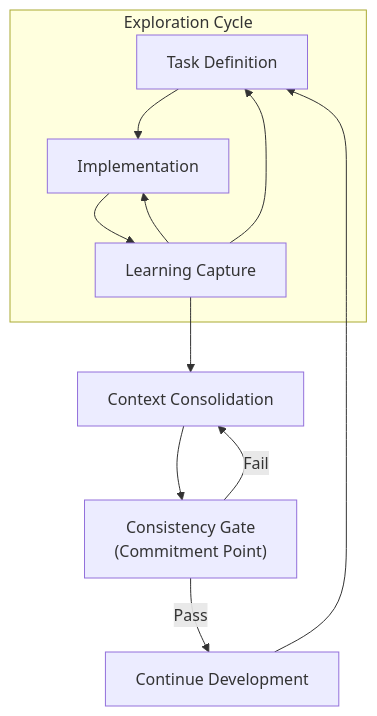
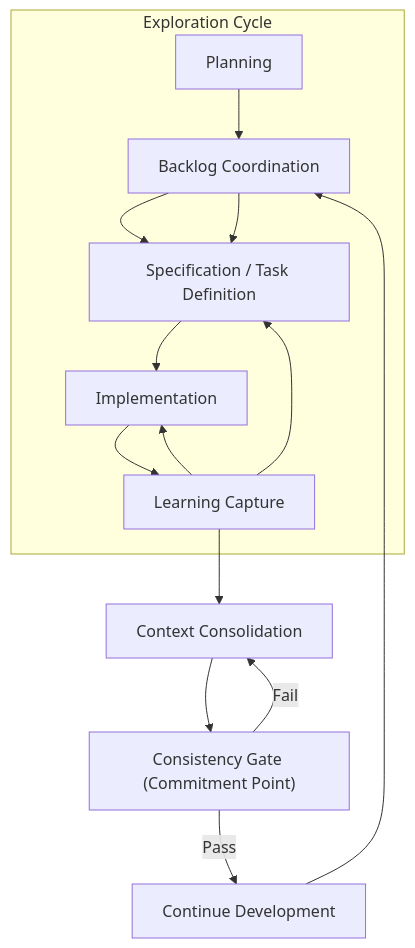
Before and after one commit to symbolicmatter/context-driven-development-workflow: the diagram in WORKFLOW.md, drawn with Mermaid. The commit also changed other lines of this file and 6 other files, not shown here.

````diff
--- a/WORKFLOW.md
+++ b/WORKFLOW.md
@@ -33,20 +48,21 @@
 ```mermaid
 flowchart TD
-    A[Task Definition]
-    B[Implementation]
-    C[Learning Capture]
+    P[Planning]
+    B[Backlog Coordination]
+    S[Specification / Task Definition]
+    I[Implementation]
+    L[Learning Capture]
 
     subgraph Exploration ["Exploration Cycle"]
-        A --> B --> C --> B
-        C --> A
+        P --> B --> S --> I --> L
+        L --> I
+        L --> S
+        B --> S
     end
 
-    C --> D[Context Consolidation]
-
-    D --> G["Consistency Gate<br/>(Commitment Point)"]
-
+    L --> C[Context Consolidation]
+    C --> G["Consistency Gate (Commitment Point)"]
     G -->|Pass| E[Continue Development]
-    G -->|Fail| D
-
-    E --> A
+    G -->|Fail| C
+    E --> B
 ```
````
